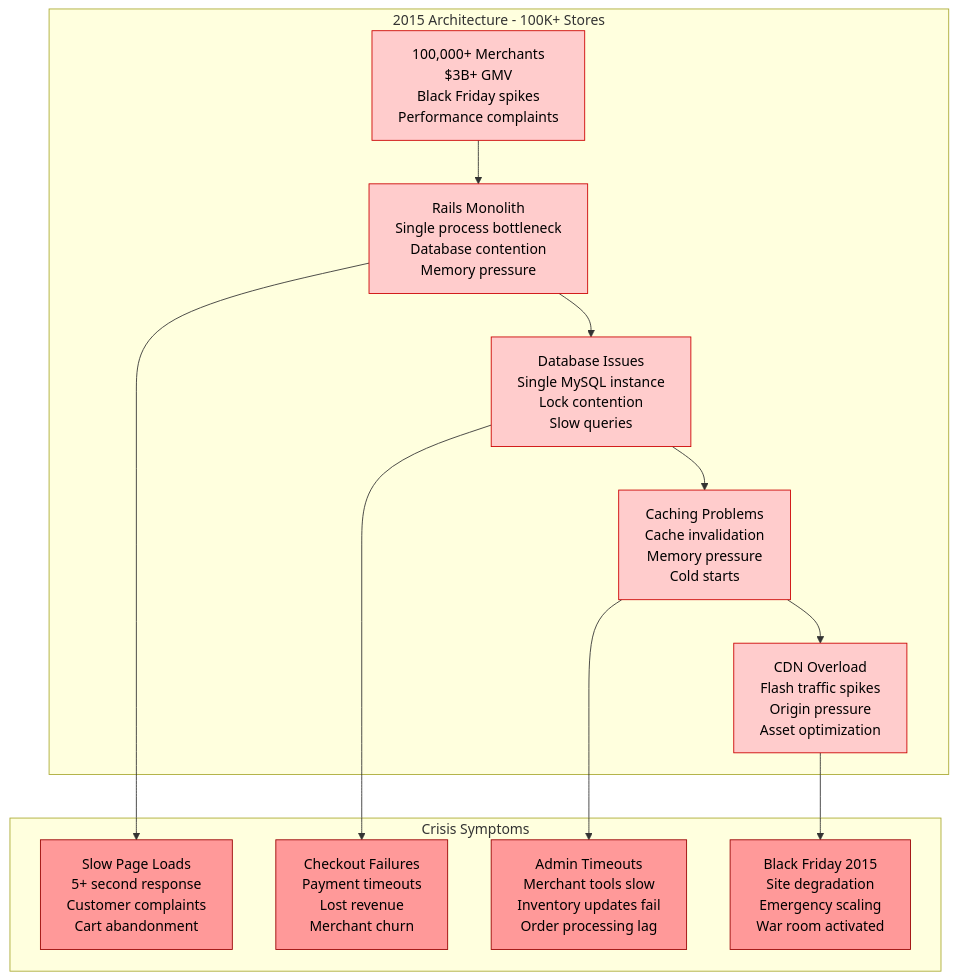
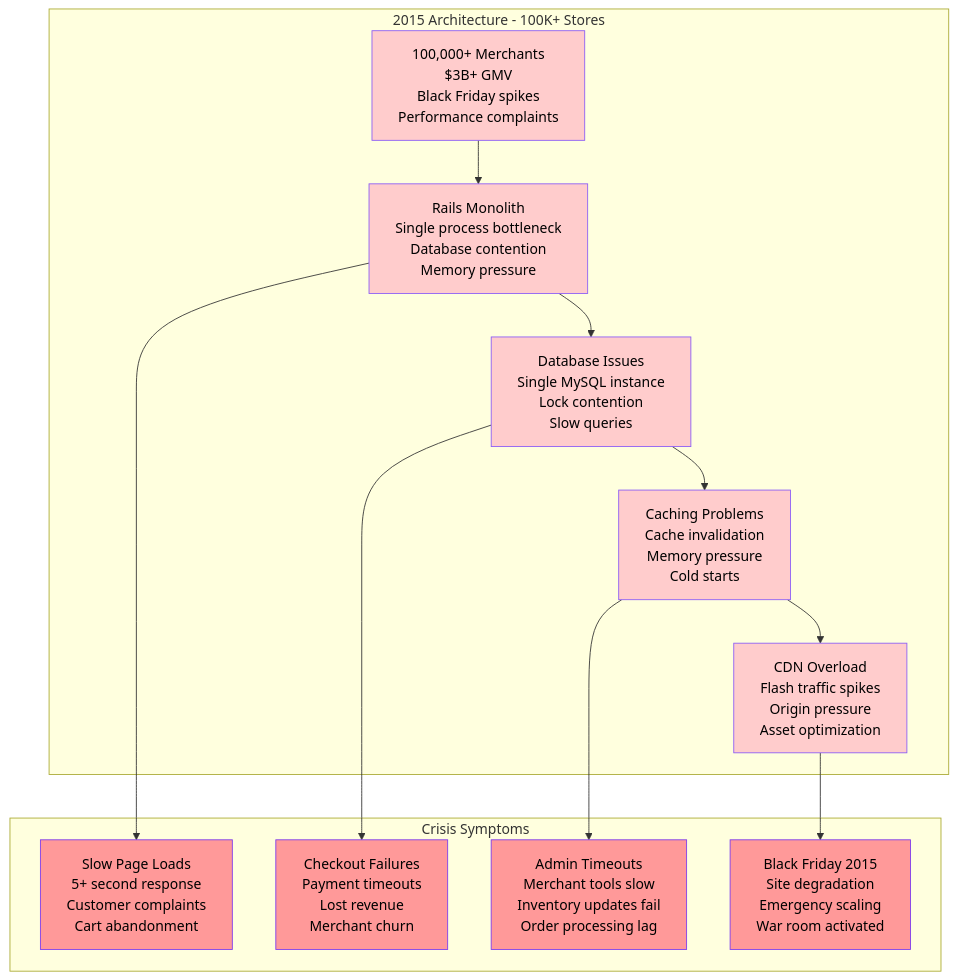
Before and after one commit to deepaucksharma/DS: the fourth of 10 diagrams in site/docs/systems/shopify/scale-evolution.md, drawn with Mermaid. The commit also changed other lines of this file and 303 other files, not shown here.

````diff
--- a/site/docs/systems/shopify/scale-evolution.md
+++ b/site/docs/systems/shopify/scale-evolution.md
@@ -136,41 +136,41 @@
 ```mermaid
 graph TB
     subgraph "2015 Architecture - 100K+ Stores"
         MERCHANTS[100,000+ Merchants<br/>$3B+ GMV<br/>Black Friday spikes<br/>Performance complaints]
 
         RAILS_STRAIN[Rails Monolith<br/>Single process bottleneck<br/>Database contention<br/>Memory pressure]
 
         DB_PROBLEMS[Database Issues<br/>Single MySQL instance<br/>Lock contention<br/>Slow queries]
 
         CACHE_ISSUES[Caching Problems<br/>Cache invalidation<br/>Memory pressure<br/>Cold starts]
 
         CDN_STRAIN[CDN Overload<br/>Flash traffic spikes<br/>Origin pressure<br/>Asset optimization]
 
         MERCHANTS --> RAILS_STRAIN
         RAILS_STRAIN --> DB_PROBLEMS
         DB_PROBLEMS --> CACHE_ISSUES
         CACHE_ISSUES --> CDN_STRAIN
     end
 
     subgraph "Crisis Symptoms"
         SLOW_PAGES[Slow Page Loads<br/>5+ second response<br/>Customer complaints<br/>Cart abandonment]
 
         CHECKOUT_FAILURES[Checkout Failures<br/>Payment timeouts<br/>Lost revenue<br/>Merchant churn]
 
         ADMIN_TIMEOUTS[Admin Timeouts<br/>Merchant tools slow<br/>Inventory updates fail<br/>Order processing lag]
 
         BLACK_FRIDAY[Black Friday 2015<br/>Site degradation<br/>Emergency scaling<br/>War room activated]
     end
 
     RAILS_STRAIN --> SLOW_PAGES
     DB_PROBLEMS --> CHECKOUT_FAILURES
     CACHE_ISSUES --> ADMIN_TIMEOUTS
     CDN_STRAIN --> BLACK_FRIDAY
 
     %% Apply crisis colors
-    classDef crisisStyle fill:#FFCCCC,stroke:#CC0000,color:#000
-    classDef symptomStyle fill:#FF9999,stroke:#990000,color:#000
+    classDef crisisStyle fill:#FFCCCC,stroke:#8B5CF6,color:#000
+    classDef symptomStyle fill:#FF9999,stroke:#7C3AED,color:#000
 
     class MERCHANTS,RAILS_STRAIN,DB_PROBLEMS,CACHE_ISSUES,CDN_STRAIN crisisStyle
     class SLOW_PAGES,CHECKOUT_FAILURES,ADMIN_TIMEOUTS,BLACK_FRIDAY symptomStyle
 ```
````
